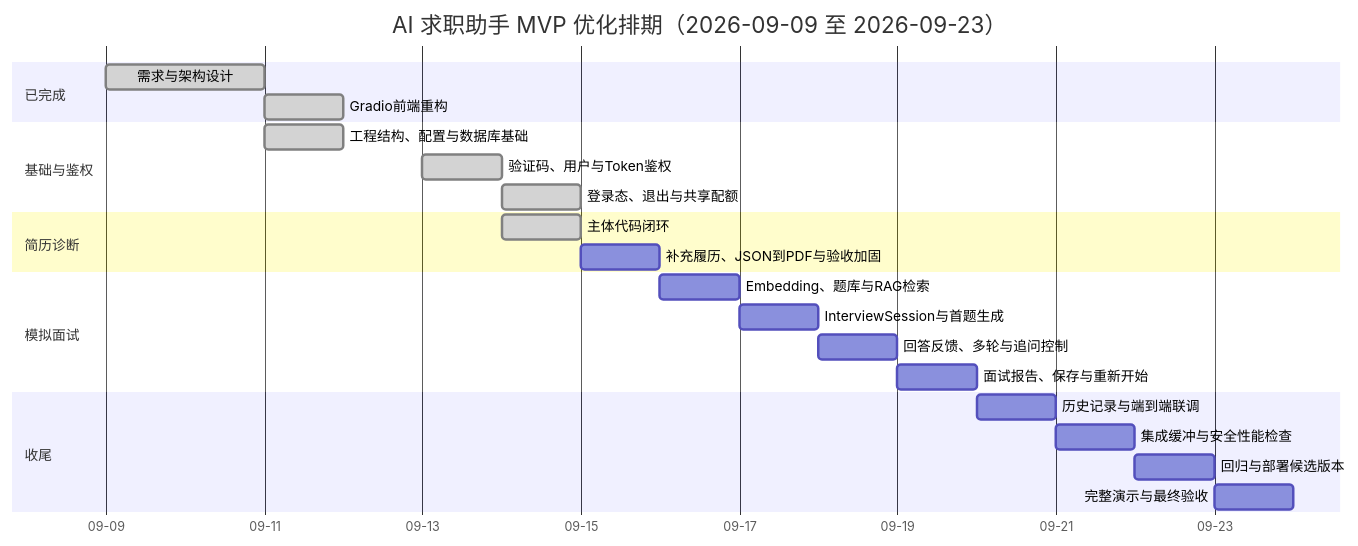
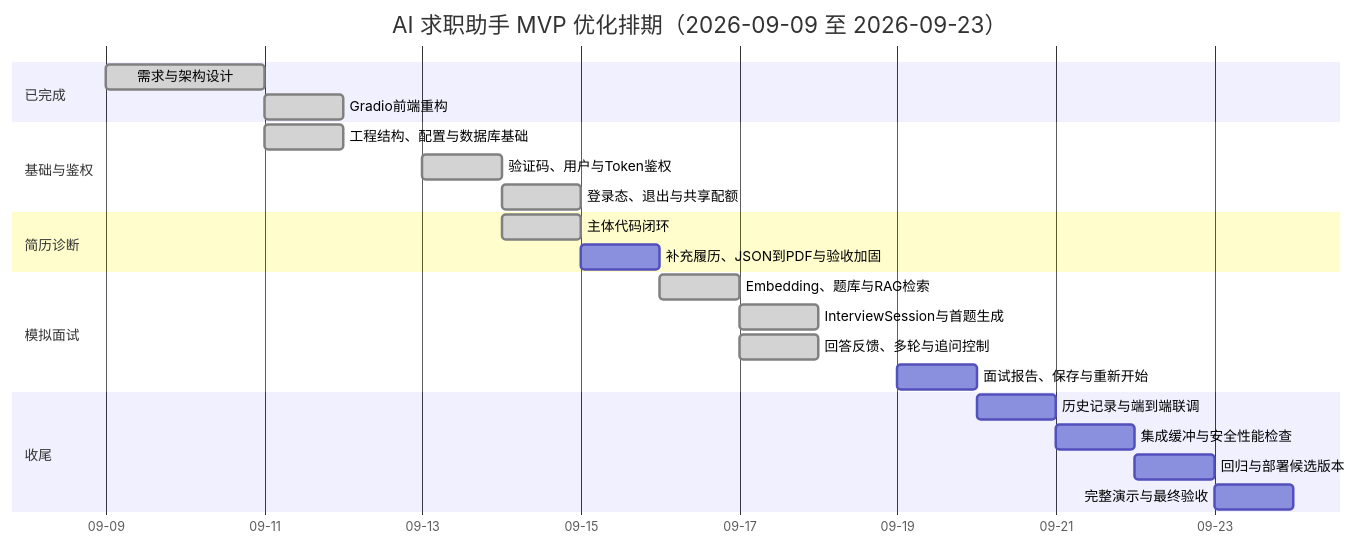
The first of 2 diagrams in 项目排期.md (WwwwwHM/PBL_jobs-finder), drawn with Mermaid before and after one commit. The commit also changed other lines of this file and 23 other files, not shown here.

````diff
--- a/项目排期.md
+++ b/项目排期.md
@@ -83,31 +85,31 @@
 ```mermaid
 gantt
     title AI 求职助手 MVP 优化排期（2026-09-09 至 2026-09-23）
     dateFormat YYYY-MM-DD
     axisFormat %m-%d
 
     section 已完成
     需求与架构设计                 :done, a1, 2026-09-09, 2d
     Gradio前端重构                 :done, a2, 2026-09-11, 1d
 
     section 基础与鉴权
     工程结构、配置与数据库基础      :done, b1, 2026-09-11, 1d
     验证码、用户与Token鉴权         :done, b2, 2026-09-13, 1d
     登录态、退出与共享配额          :done, b3, 2026-09-14, 1d
 
     section 简历诊断
     主体代码闭环                   :done, c0, 2026-09-14, 1d
     补充履历、JSON到PDF与验收加固     :c1, 2026-09-15, 1d
 
     section 模拟面试
-    Embedding、题库与RAG检索        :d1, 2026-09-16, 1d
-    InterviewSession与首题生成      :d2, 2026-09-17, 1d
-    回答反馈、多轮与追问控制         :d3, 2026-09-18, 1d
+    Embedding、题库与RAG检索        :done, d1, 2026-09-16, 1d
+    InterviewSession与首题生成      :done, d2, 2026-09-17, 1d
+    回答反馈、多轮与追问控制         :done, d3, 2026-09-17, 1d
     面试报告、保存与重新开始         :d4, 2026-09-19, 1d
 
     section 收尾
     历史记录与端到端联调             :e1, 2026-09-20, 1d
     集成缓冲与安全性能检查           :e2, 2026-09-21, 1d
     回归与部署候选版本               :e3, 2026-09-22, 1d
     完整演示与最终验收               :e4, 2026-09-23, 1d
 ```
````
